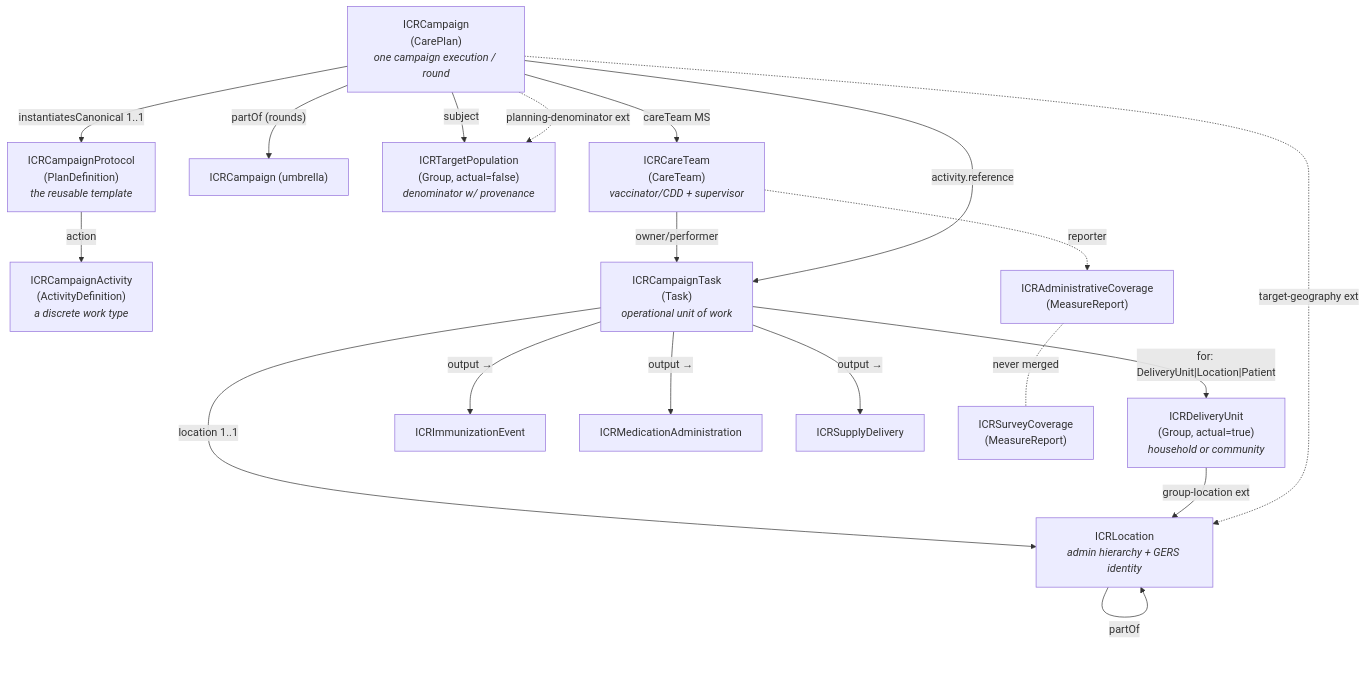
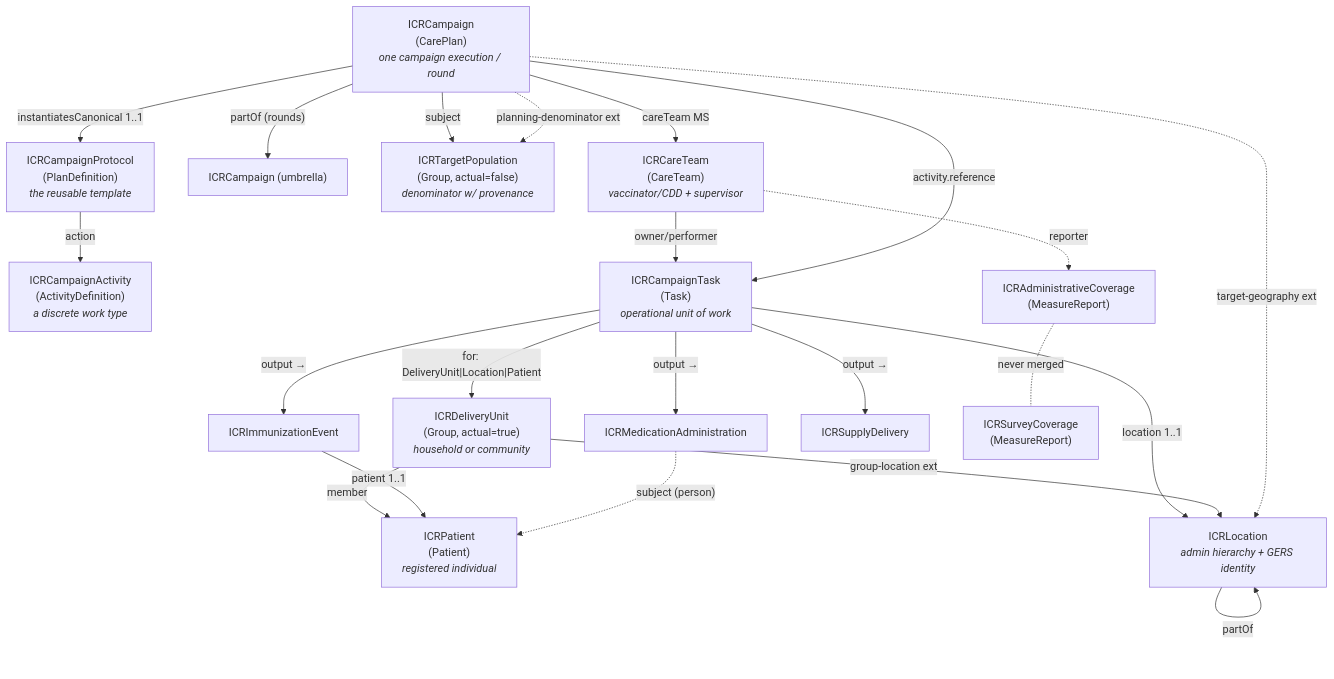
One commit to recodelabs/icr changed the first of 4 diagrams in project/ig-summary.md. Above: the diagram before and after it, drawn with Mermaid. The commit also changed other lines of this file, not shown here.

````diff
--- a/project/ig-summary.md
+++ b/project/ig-summary.md
@@ -192,36 +197,40 @@
 ```mermaid
 graph TD
     PD["ICRCampaignProtocol<br/>(PlanDefinition)<br/><i>the reusable template</i>"]
     AD["ICRCampaignActivity<br/>(ActivityDefinition)<br/><i>a discrete work type</i>"]
     CP["ICRCampaign<br/>(CarePlan)<br/><i>one campaign execution / round</i>"]
     CPU["ICRCampaign (umbrella)"]
     T["ICRCampaignTask<br/>(Task)<br/><i>operational unit of work</i>"]
     TP["ICRTargetPopulation<br/>(Group, actual=false)<br/><i>denominator w/ provenance</i>"]
     HH["ICRDeliveryUnit<br/>(Group, actual=true)<br/><i>household or community</i>"]
+    PT["ICRPatient<br/>(Patient)<br/><i>registered individual</i>"]
     L["ICRLocation<br/><i>admin hierarchy + GERS identity</i>"]
     IMM["ICRImmunizationEvent"]
     MED["ICRMedicationAdministration"]
     SUP["ICRSupplyDelivery"]
     AC["ICRAdministrativeCoverage<br/>(MeasureReport)"]
     SC["ICRSurveyCoverage<br/>(MeasureReport)"]
     CT["ICRCareTeam<br/>(CareTeam)<br/><i>vaccinator/CDD + supervisor</i>"]
 
     PD -- "action" --> AD
     CP -- "instantiatesCanonical 1..1" --> PD
     CP -- "partOf (rounds)" --> CPU
     CP -- "subject" --> TP
     CP -- "careTeam MS" --> CT
     CT -- "owner/performer" --> T
     CT -. "reporter" .-> AC
     CP -- "activity.reference" --> T
     T -- "for: DeliveryUnit|Location|Patient" --> HH
     T -- "location 1..1" --> L
     T -- "output →" --> IMM
     T -- "output →" --> MED
     T -- "output →" --> SUP
+    HH -- "member" --> PT
+    IMM -- "patient 1..1" --> PT
+    MED -. "subject (person)" .-> PT
     HH -- "group-location ext" --> L
     L -- "partOf" --> L
     CP -. "planning-denominator ext" .-> TP
     CP -. "target-geography ext" .-> L
     AC -. "never merged" .- SC
 ```
````
